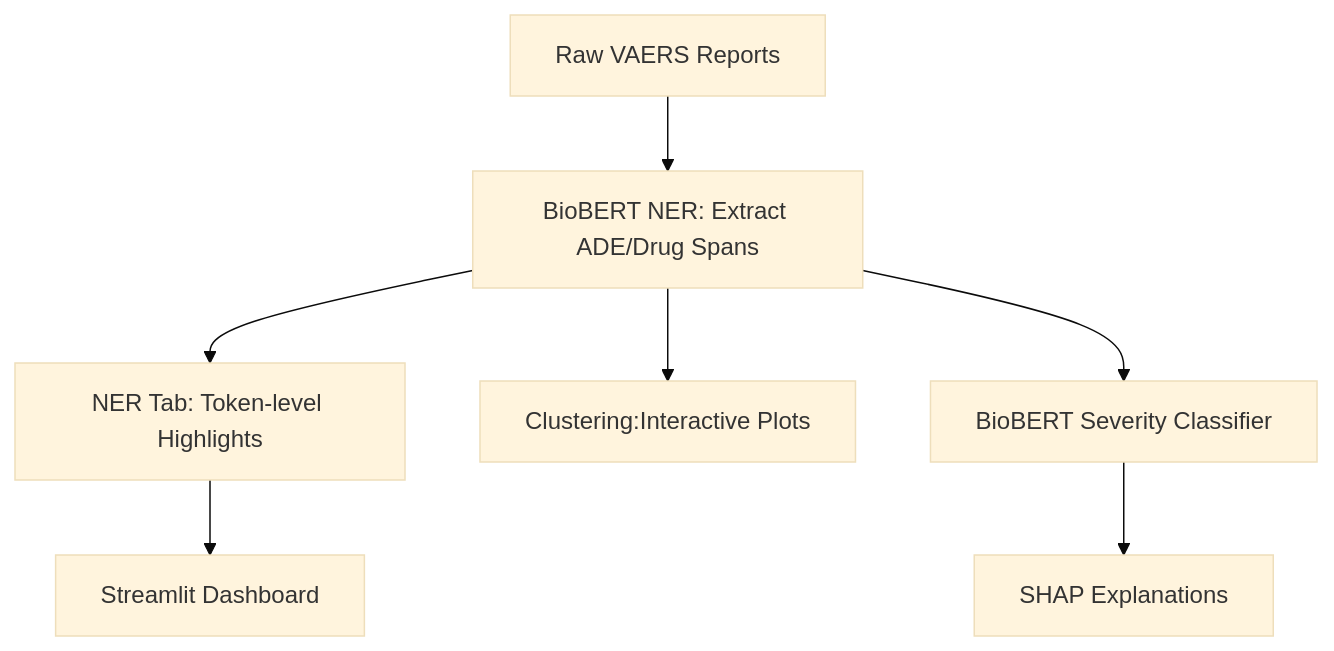
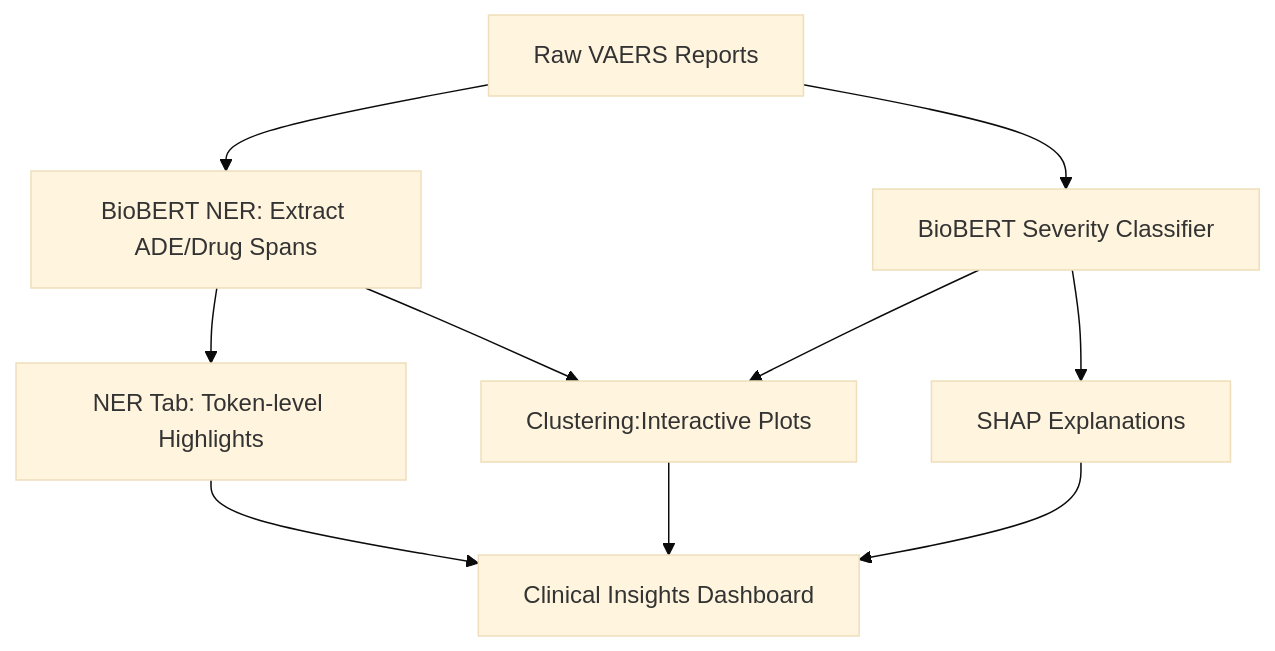
Before and after one commit to Sugiuma/ADEGuard: the first of 5 diagrams in README.md, drawn with Mermaid (base theme).

````diff
--- a/README.md
+++ b/README.md
@@ -61,23 +61,24 @@
 ```mermaid
 flowchart TD
 
 A[Raw VAERS Reports] --> B[BioBERT NER: Extract ADE/Drug Spans]
 
 %% NER Tab
 B --> C[NER Tab: Token-level Highlights]
 
 %% Clustering Tab
 B --> D[Clustering:Interactive Plots]
 
 
 %% Severity Tab
-B --> G[BioBERT Severity Classifier]
-
+A --> G[BioBERT Severity Classifier]
+G --> D
 
 %% Explainability Tab
 G --> J[SHAP Explanations]
 
 %% Streamlit Dashboard Integration
-C --> L[Streamlit Dashboard]
-
+C --> L[Clinical Insights Dashboard]
+D --> L
+J --> L
 ```
````
